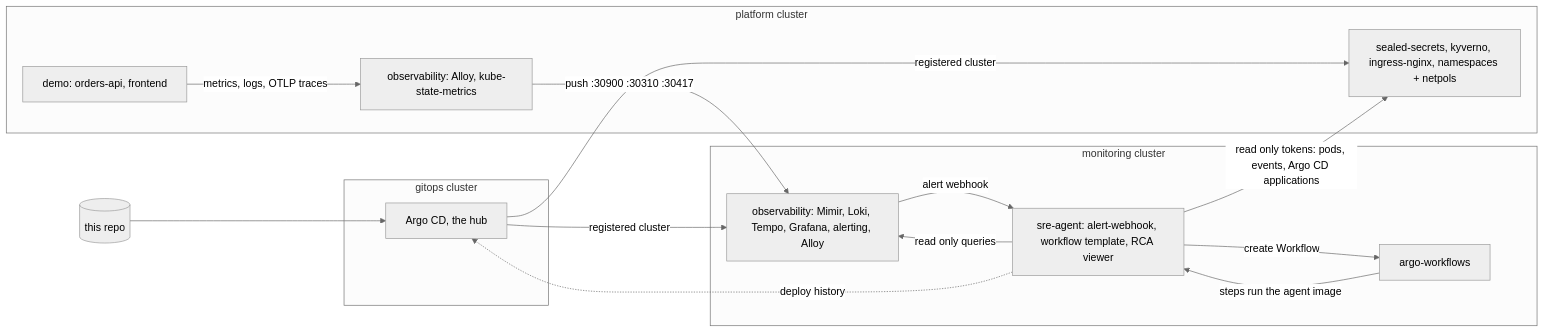
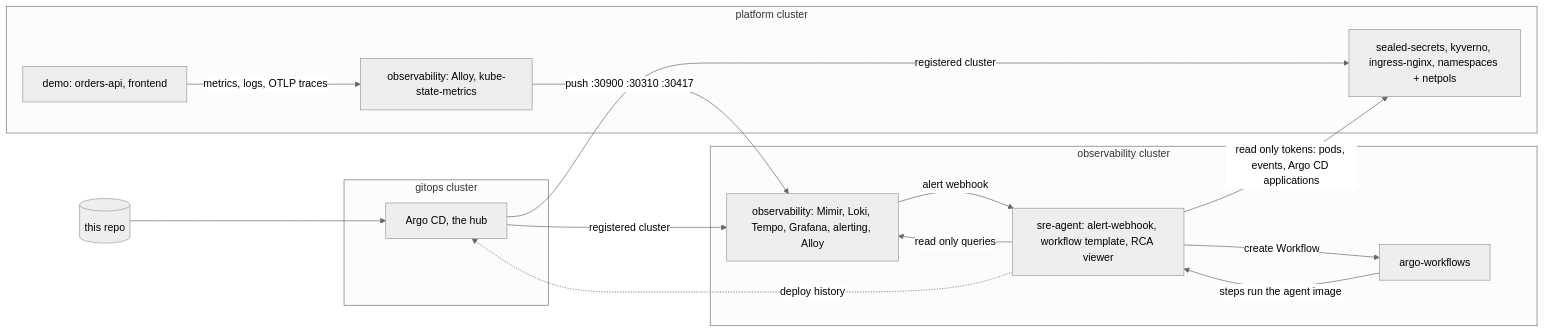
The diagram in README.md (krishnakant888/k8s-sre-platform), drawn with Mermaid (neutral theme) before and after one commit. The commit also changed other lines of this file and 31 other files, not shown here.

Commit message:
refactor: call the monitoring cluster observability

````diff
--- a/README.md
+++ b/README.md
@@ -57,27 +57,27 @@
 ```mermaid
 flowchart LR
   Git[(this repo)] --> Argo
   subgraph gitops cluster
     Argo[Argo CD, the hub]
   end
   subgraph platform cluster
     Platform[sealed-secrets, kyverno, ingress-nginx, namespaces + netpols]
     Collect[observability: Alloy, kube-state-metrics]
     Demo[demo: orders-api, frontend]
     Demo -->|metrics, logs, OTLP traces| Collect
   end
-  subgraph monitoring cluster
+  subgraph observability cluster
     Stack[observability: Mimir, Loki, Tempo, Grafana, alerting, Alloy]
     AW[argo-workflows]
     Agent[sre-agent: alert-webhook, workflow template, RCA viewer]
     Stack -->|alert webhook| Agent
     Agent -->|create Workflow| AW
     AW -->|steps run the agent image| Agent
     Agent -->|read only queries| Stack
   end
   Argo -->|registered cluster| Platform
   Argo -->|registered cluster| Stack
   Collect -->|push :30900 :30310 :30417| Stack
   Agent -->|read only tokens: pods, events, Argo CD applications| Platform
   Agent -.->|deploy history| Argo
 ```
````
